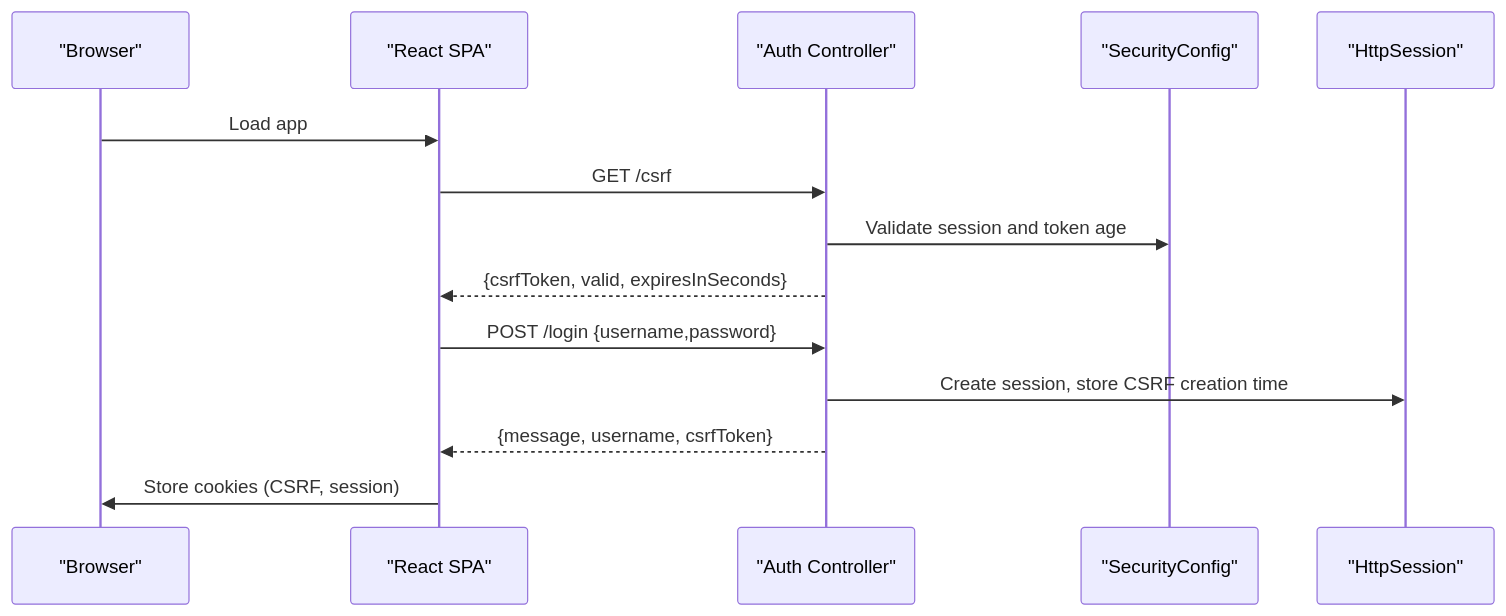
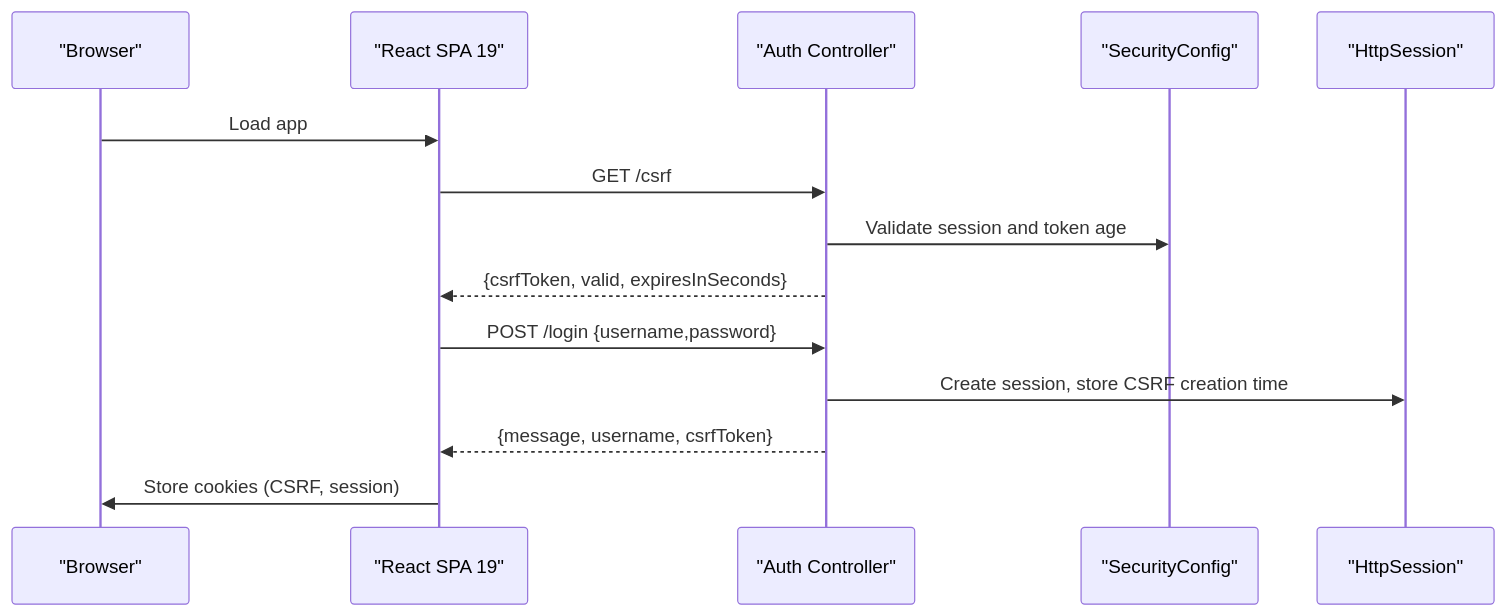
Before and after one commit to Vissel/badminton-court-management: the fifth of 8 diagrams in .qoder/repowiki/en/content/Development Guidelines.md, drawn with Mermaid. The commit also changed other lines of this file and 36 other files, not shown here.

````diff
--- a/.qoder/repowiki/en/content/Development Guidelines.md
+++ b/.qoder/repowiki/en/content/Development Guidelines.md
@@ -128,16 +201,16 @@
 ```mermaid
 sequenceDiagram
 participant Browser as "Browser"
-participant FE as "React SPA"
+participant FE as "React SPA 19"
 participant API as "Auth Controller"
 participant Sec as "SecurityConfig"
 participant Sess as "HttpSession"
 Browser->>FE : Load app
 FE->>API : GET /csrf
 API->>Sec : Validate session and token age
 API-->>FE : {csrfToken, valid, expiresInSeconds}
 FE->>API : POST /login {username,password}
 API->>Sess : Create session, store CSRF creation time
 API-->>FE : {message, username, csrfToken}
 FE->>Browser : Store cookies (CSRF, session)
 ```
````
